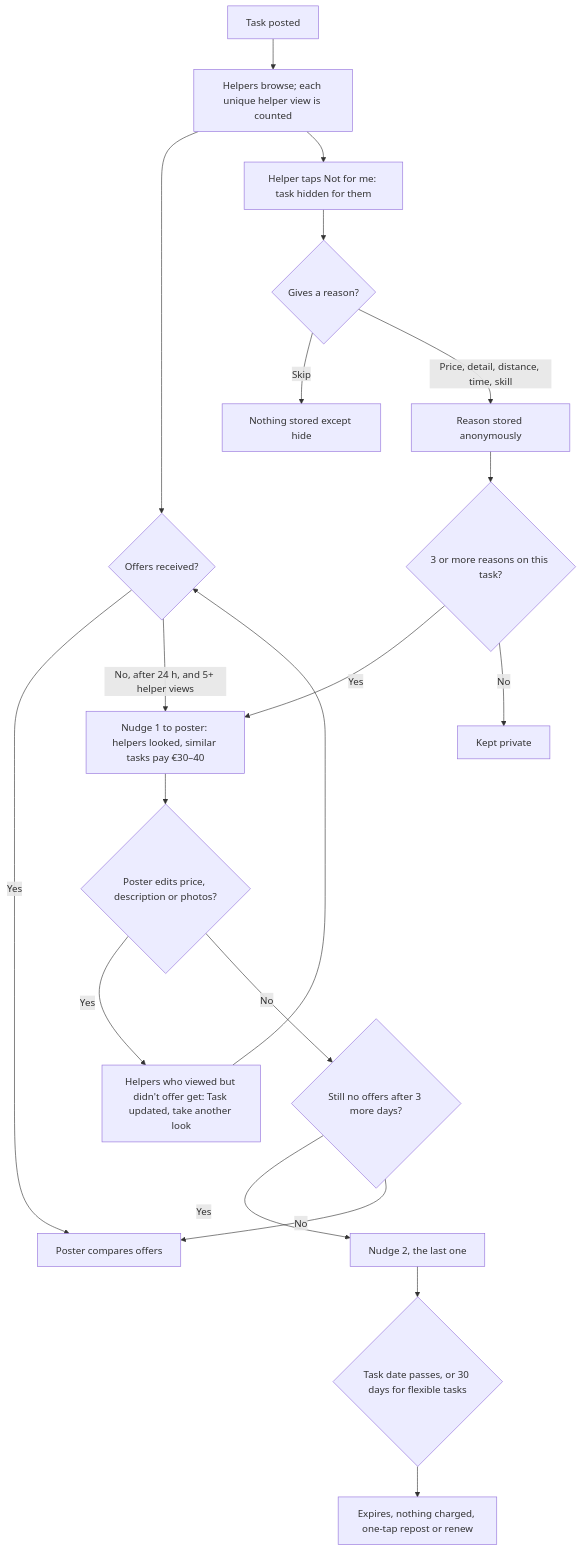
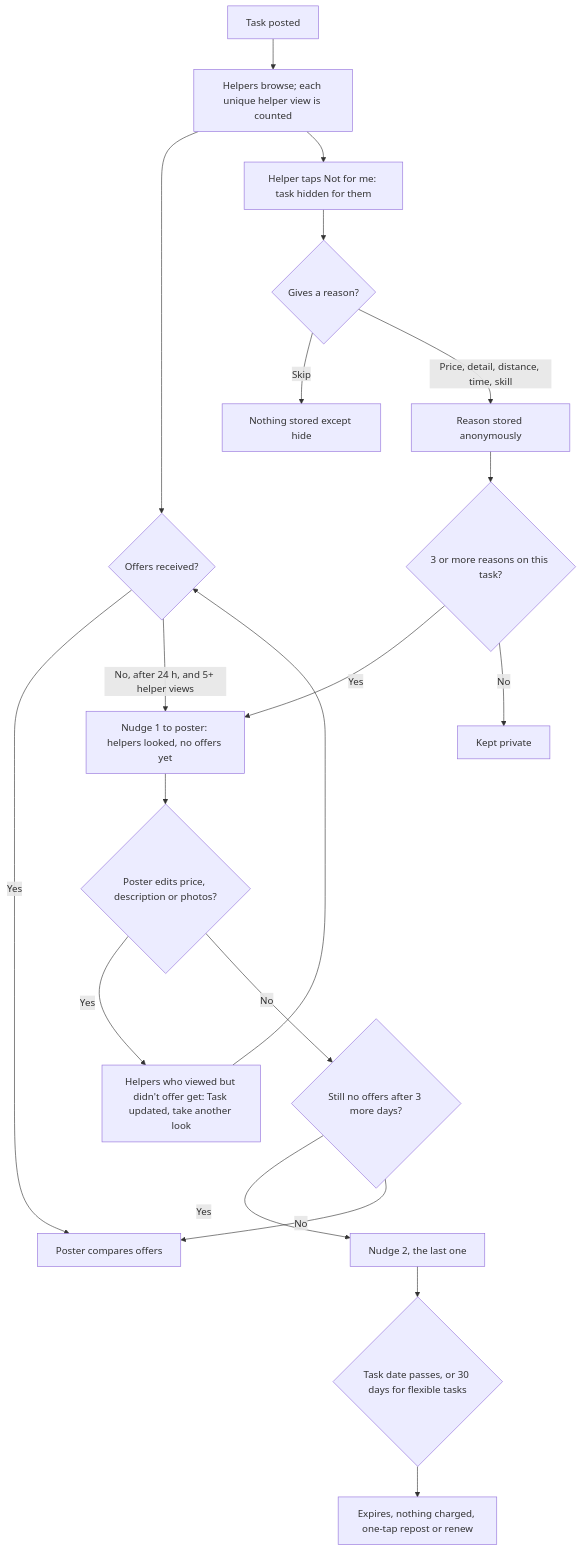
One commit to tstampfel/taskbeavo-showcase changed diagram 16 of 32 in docs/PLAN.md. Above: the diagram before and after it, drawn with Mermaid. The commit also changed other lines of this file and 5 other files, not shown here.

````diff
--- a/docs/PLAN.md
+++ b/docs/PLAN.md
@@ -870,22 +870,22 @@
 ```mermaid
 flowchart TD
     A["Task posted"] --> B["Helpers browse; each unique helper view is counted"]
     B --> C{"Offers received?"}
     C -->|Yes| D["Poster compares offers"]
-    C -->|"No, after 24 h, and 5+ helper views"| E["Nudge 1 to poster: helpers looked, similar tasks pay €30–40"]
+    C -->|"No, after 24 h, and 5+ helper views"| E["Nudge 1 to poster: helpers looked, no offers yet"]
     B --> NF["Helper taps Not for me: task hidden for them"]
     NF --> NR{"Gives a reason?"}
     NR -->|Skip| NS["Nothing stored except hide"]
     NR -->|"Price, detail, distance, time, skill"| AGG["Reason stored anonymously"]
     AGG --> TH{"3 or more reasons on this task?"}
     TH -->|Yes| E
     TH -->|No| WAIT["Kept private"]
     E --> F{"Poster edits price, description or photos?"}
     F -->|Yes| G["Helpers who viewed but didn't offer get: Task updated, take another look"]
     F -->|No| H{"Still no offers after 3 more days?"}
     H -->|Yes| I["Nudge 2, the last one"]
     H -->|No| D
     G --> C
     I --> J{"Task date passes, or 30 days for flexible tasks"}
     J --> K["Expires, nothing charged, one-tap repost or renew"]
 ```
````
